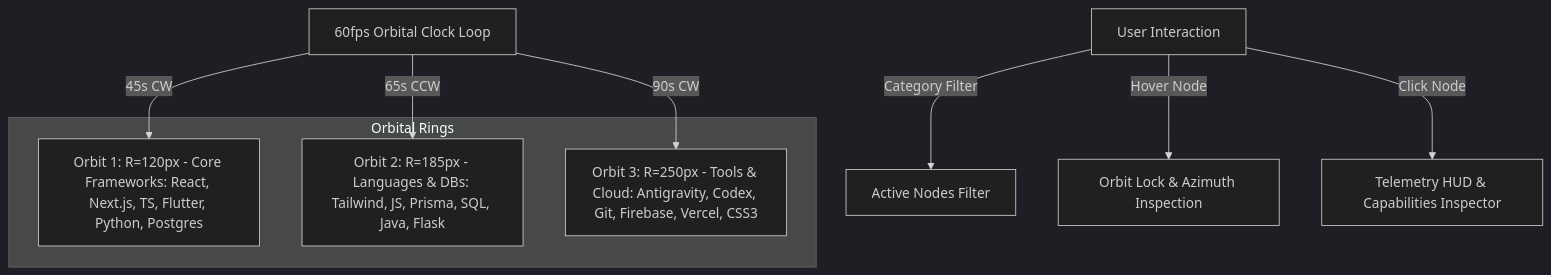
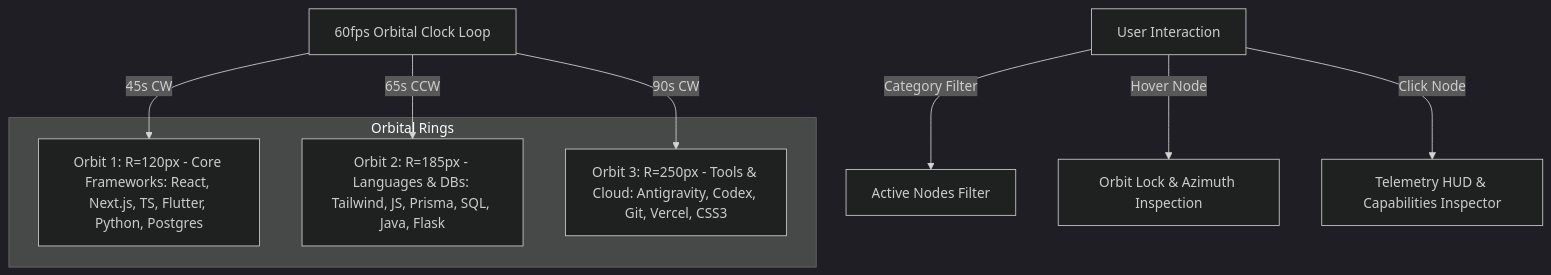
The second of 3 diagrams in README.md (Agam348/matrix), drawn with Mermaid (dark theme) before and after one commit. The commit also changed other lines of this file and 4 other files, not shown here.

````diff
--- a/README.md
+++ b/README.md
@@ -260,14 +260,14 @@
 ```mermaid
 graph TD
     subgraph Orbital Rings
         O1[Orbit 1: R=120px - Core Frameworks: React, Next.js, TS, Flutter, Python, Postgres]
         O2[Orbit 2: R=185px - Languages & DBs: Tailwind, JS, Prisma, SQL, Java, Flask]
-        O3[Orbit 3: R=250px - Tools & Cloud: Antigravity, Codex, Git, Firebase, Vercel, CSS3]
+        O3[Orbit 3: R=250px - Tools & Cloud: Antigravity, Codex, Git, Vercel, CSS3]
     end
     Clock[60fps Orbital Clock Loop] -->|45s CW| O1
     Clock -->|65s CCW| O2
     Clock -->|90s CW| O3
     User[User Interaction] -->|Category Filter| Rings[Active Nodes Filter]
     User -->|Hover Node| Lock[Orbit Lock & Azimuth Inspection]
     User -->|Click Node| HUD[Telemetry HUD & Capabilities Inspector]
 ```
````
